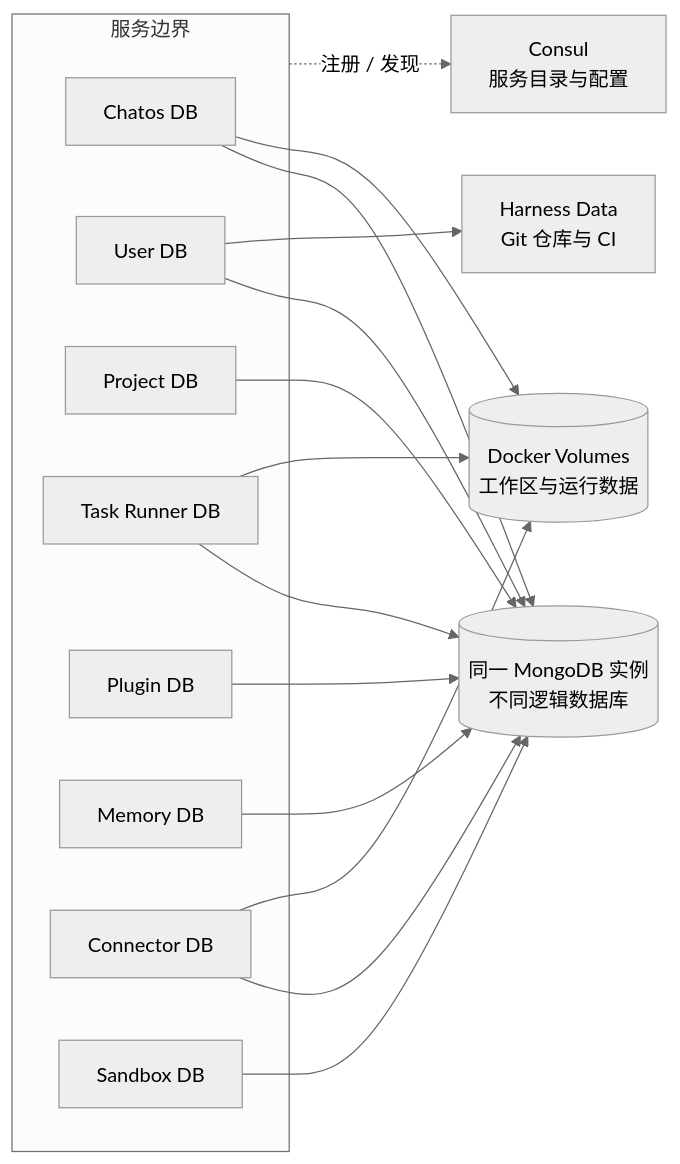
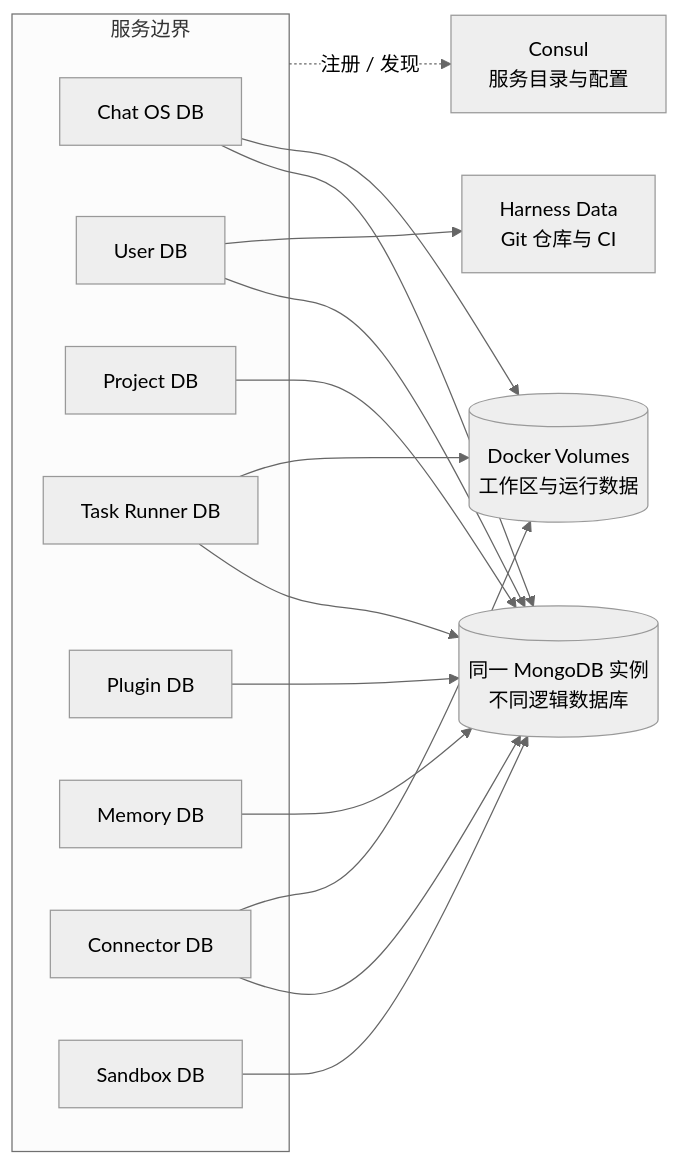
One commit to leeoohoo/chatos_rs changed the sixth of 7 diagrams in README.md. Above: the diagram before and after it, drawn with Mermaid (neutral theme). The commit also changed other lines of this file and 70 other files, not shown here.

````diff
--- a/README.md
+++ b/README.md
@@ -249,32 +249,32 @@
 ```mermaid
 flowchart LR
     subgraph services["服务边界"]
-        C["Chatos DB"]
+        C["Chat OS DB"]
         U["User DB"]
         P["Project DB"]
         T["Task Runner DB"]
         G["Plugin DB"]
         M["Memory DB"]
         L["Connector DB"]
         S["Sandbox DB"]
     end
 
     Mongo[("同一 MongoDB 实例<br/>不同逻辑数据库")]
     Vol[("Docker Volumes<br/>工作区与运行数据")]
     Consul["Consul<br/>服务目录与配置"]
     Harness["Harness Data<br/>Git 仓库与 CI"]
 
     C --> Mongo
     U --> Mongo
     P --> Mongo
     T --> Mongo
     G --> Mongo
     M --> Mongo
     L --> Mongo
     S --> Mongo
     services -. "注册 / 发现" .-> Consul
     C --> Vol
     T --> Vol
     L --> Vol
     U --> Harness
 ```
````
